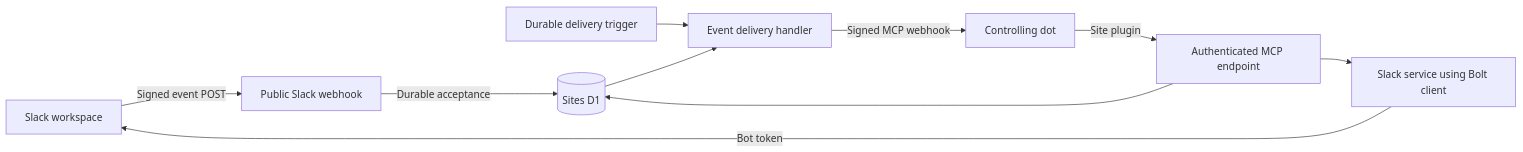
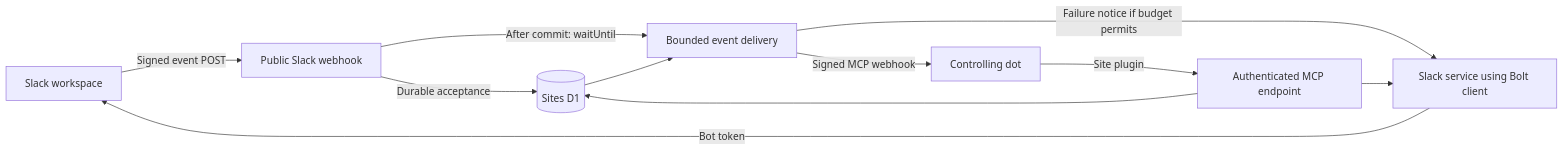
Before and after one commit to evansumarosenberg/SlackDot: the diagram in plans/specification.md, drawn with Mermaid. The commit also changed other lines of this file and 3 other files, not shown here.

Commit message:
Define Sites-only bounded delivery and retry requirements

````diff
--- a/plans/specification.md
+++ b/plans/specification.md
@@ -120,12 +122,13 @@
 ```mermaid
 flowchart LR
     Slack[Slack workspace] -->|Signed event POST| Ingress[Public Slack webhook]
     Ingress -->|Durable acceptance| DB[(Sites D1)]
-    Trigger[Durable delivery trigger] --> Delivery[Event delivery handler]
+    Ingress -->|After commit: waitUntil| Delivery[Bounded event delivery]
     DB --> Delivery
     Delivery -->|Signed MCP webhook| Dot[Controlling dot]
+    Delivery -->|Failure notice if budget permits| Service
     Dot -->|Site plugin| MCP[Authenticated MCP endpoint]
     MCP --> Service[Slack service using Bolt client]
     Service -->|Bot token| Slack
     MCP --> DB
 ```
````
